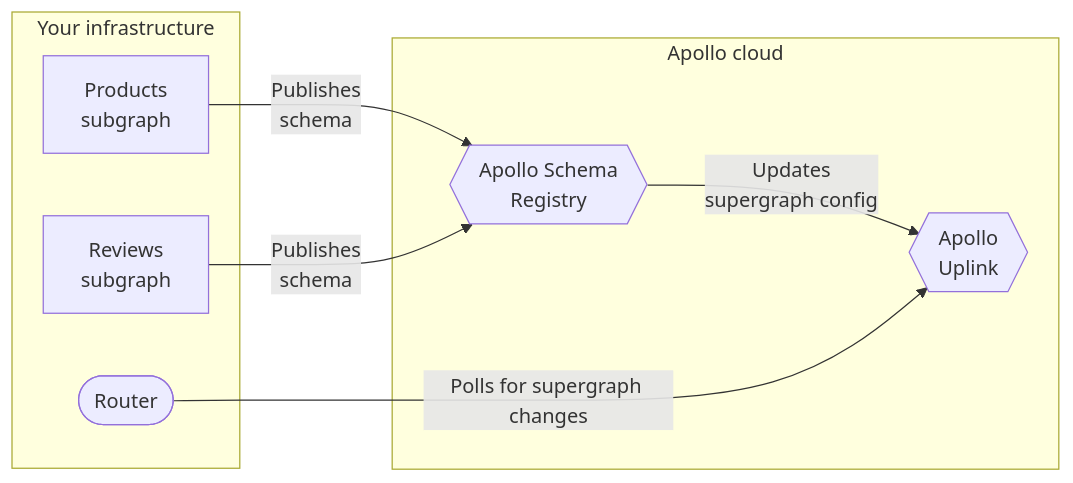
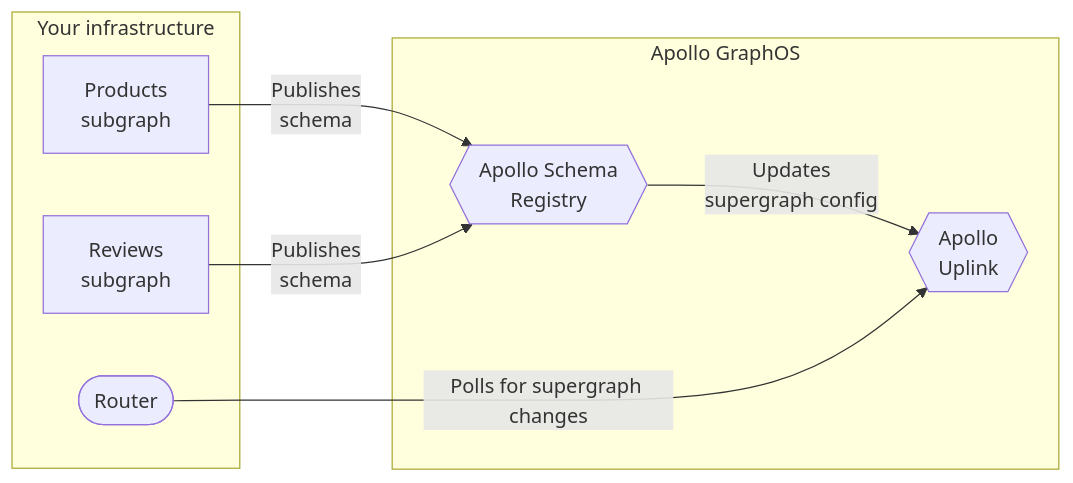
Before and after one commit to apollographql/federation: the eighth of 8 diagrams in docs/source/index.mdx, drawn with Mermaid. The commit also changed other lines of this file and 7 other files, not shown here.

````diff
--- a/docs/source/index.mdx
+++ b/docs/source/index.mdx
@@ -355,17 +352,17 @@
 ```mermaid
 graph LR;
   subgraph "Your infrastructure"
   serviceA[Products<br/>subgraph];
   serviceB[Reviews<br/>subgraph];
   gateway([Router]);
   end
-  subgraph "Apollo cloud"
+  subgraph "Apollo GraphOS"
     registry{{Apollo Schema<br/>Registry}};
     uplink{{Apollo<br/>Uplink}}
   end
   serviceA & serviceB -->|Publishes<br/>schema| registry;
   registry -->|Updates<br/>supergraph config| uplink;
   gateway -->|Polls for supergraph changes| uplink;
   class registry secondary;
   class uplink secondary;
 ```
````
